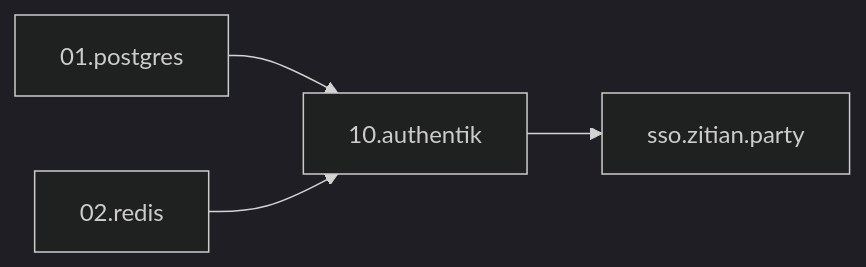
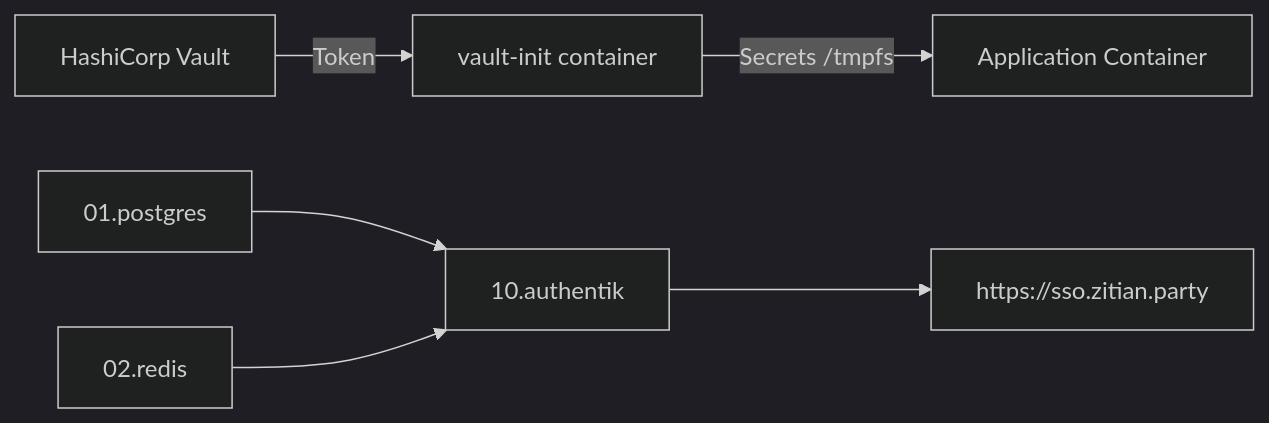
Before and after one commit to wangzitian0/infra2: the diagram in docs/project/Infra-004.authentik_install.md, drawn with Mermaid (dark theme). The commit also changed other lines of this file and 8 other files, not shown here.

Commit message:
feat(platform): implement vault-init pattern and automate Authentik deployment

````diff
--- a/docs/project/Infra-004.authentik_install.md
+++ b/docs/project/Infra-004.authentik_install.md
@@ -22,6 +23,8 @@
 ```mermaid
 flowchart LR
+    Vault[HashiCorp Vault] -->|Token| Init[vault-init container]
+    Init -->|Secrets /tmpfs| App[Application Container]
     PG[01.postgres] --> AUTH[10.authentik]
     RD[02.redis] --> AUTH
-    AUTH --> SSO[sso.zitian.party]
+    AUTH --> SSO[https://sso.zitian.party]
 ```
````
